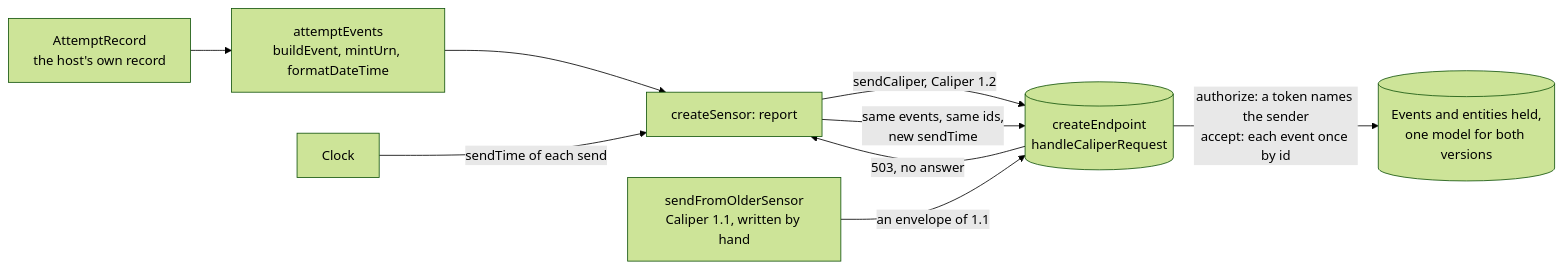
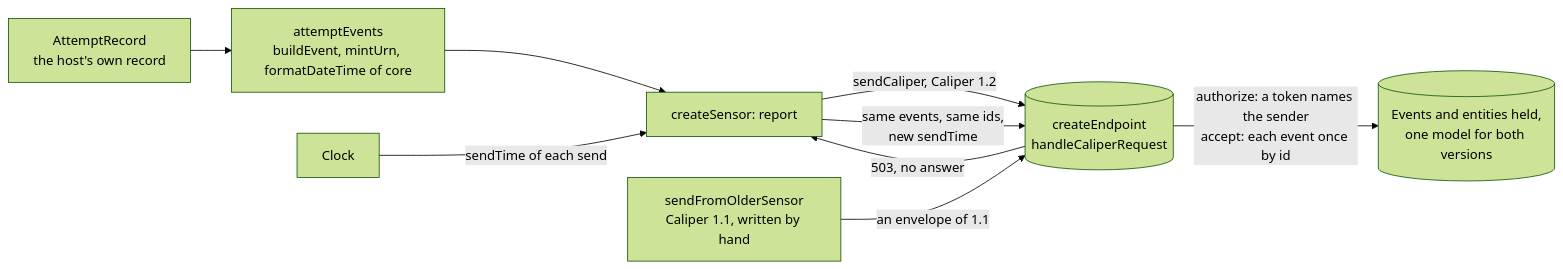
Before and after one commit to interopkit/interopkit: the diagram in examples/learning-analytics/README.md, drawn with Mermaid (forest theme). The commit also changed 140 other files, not shown here.

````diff
--- a/examples/learning-analytics/README.md
+++ b/examples/learning-analytics/README.md
@@ -8,11 +8,11 @@
 ```mermaid
 flowchart LR
-  record["AttemptRecord<br/>the host's own record"] --> events["attemptEvents<br/>buildEvent, mintUrn, formatDateTime"]
+  record["AttemptRecord<br/>the host's own record"] --> events["attemptEvents<br/>buildEvent, mintUrn, formatDateTime of core"]
   events --> sensor["createSensor: report"]
   clock["Clock"] -->|"sendTime of each send"| sensor
   sensor -->|"sendCaliper, Caliper 1.2"| endpoint[("createEndpoint<br/>handleCaliperRequest")]
   endpoint -->|"503, no answer"| sensor
   sensor -->|"same events, same ids,<br/>new sendTime"| endpoint
   older["sendFromOlderSensor<br/>Caliper 1.1, written by hand"] -->|"an envelope of 1.1"| endpoint
   endpoint -->|"authorize: a token names the sender<br/>accept: each event once by id"| held[("Events and entities held,<br/>one model for both versions")]
 ```
````
